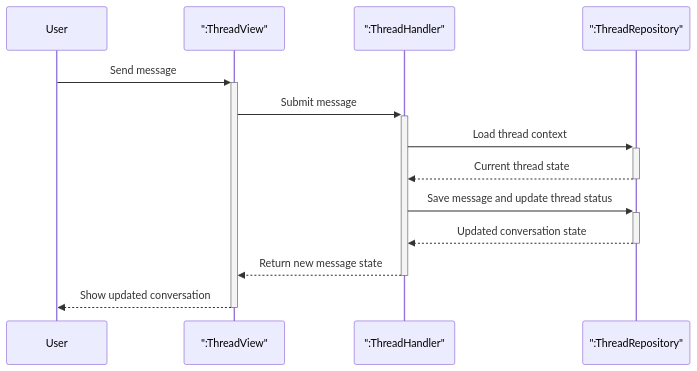
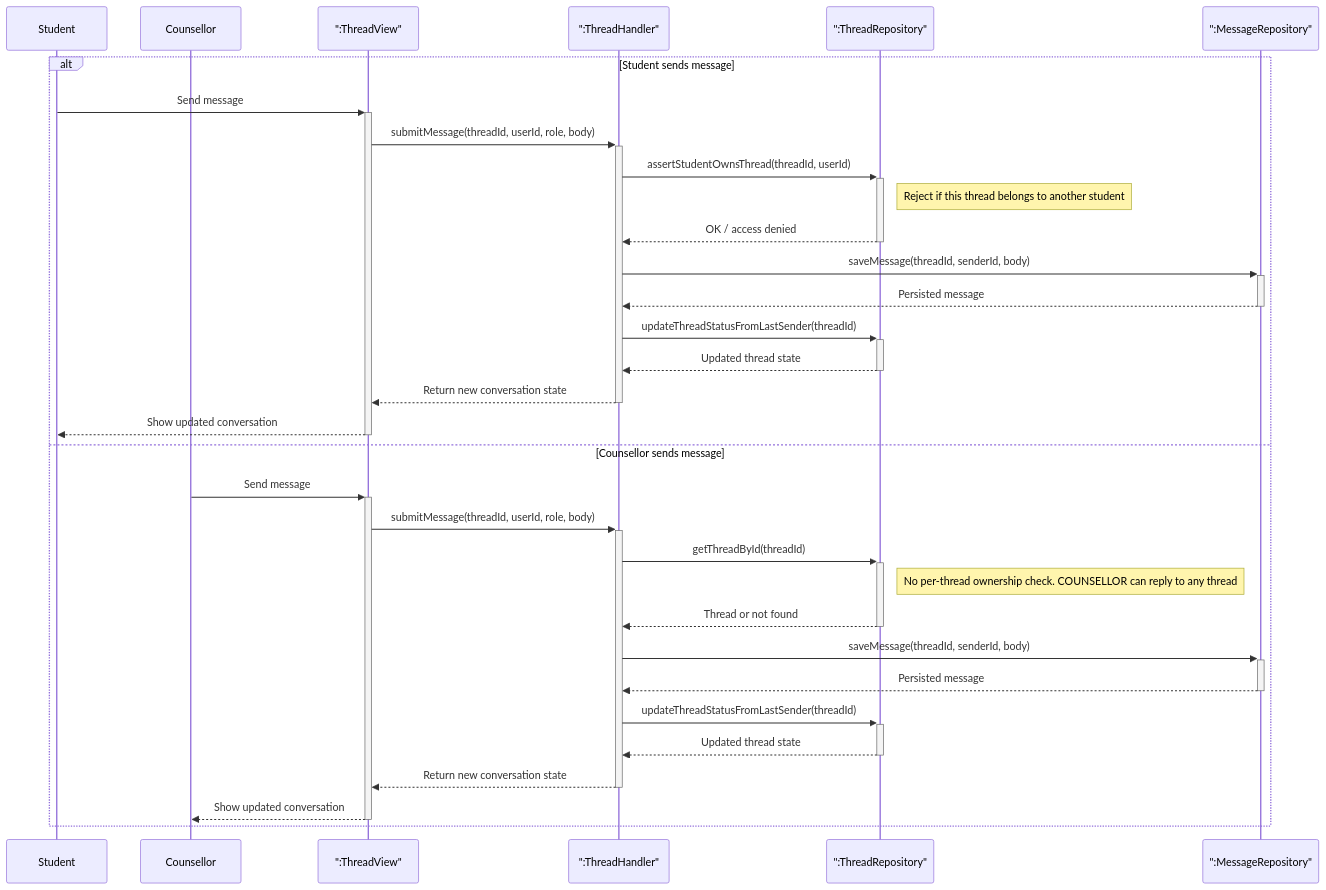
The diagram in docs/sequence-diagrams/feature-1-thread-messaging.md (sandyleedev/student-mental-support-app), drawn with Mermaid before and after one commit. The commit also changed other lines of this file and 11 other files, not shown here.

First line of the commit message:
Chore/bus 71 refine diagrams (#34)

````diff
--- a/docs/sequence-diagrams/feature-1-thread-messaging.md
+++ b/docs/sequence-diagrams/feature-1-thread-messaging.md
@@ -5,16 +5,35 @@
 ```mermaid
 sequenceDiagram
-    participant User
+    participant Student
+    participant Counsellor
     participant threadView as ":ThreadView"
     participant threadHandler as ":ThreadHandler"
     participant threadRepository as ":ThreadRepository"
+    participant messageRepository as ":MessageRepository"
 
-    User->>+threadView: Send message
-    threadView->>+threadHandler: Submit message
-    threadHandler->>+threadRepository: Load thread context
-    threadRepository-->>-threadHandler: Current thread state
-    threadHandler->>+threadRepository: Save message and update thread status
-    threadRepository-->>-threadHandler: Updated conversation state
-    threadHandler-->>-threadView: Return new message state
-    threadView-->>-User: Show updated conversation
+    alt Student sends message
+        Student->>+threadView: Send message
+        threadView->>+threadHandler: submitMessage(threadId, userId, role, body)
+        threadHandler->>+threadRepository: assertStudentOwnsThread(threadId, userId)
+        Note right of threadRepository: Reject if this thread belongs to another student
+        threadRepository-->>-threadHandler: OK / access denied
+        threadHandler->>+messageRepository: saveMessage(threadId, senderId, body)
+        messageRepository-->>-threadHandler: Persisted message
+        threadHandler->>+threadRepository: updateThreadStatusFromLastSender(threadId)
+        threadRepository-->>-threadHandler: Updated thread state
+        threadHandler-->>-threadView: Return new conversation state
+        threadView-->>-Student: Show updated conversation
+    else Counsellor sends message
+        Counsellor->>+threadView: Send message
+        threadView->>+threadHandler: submitMessage(threadId, userId, role, body)
+        threadHandler->>+threadRepository: getThreadById(threadId)
+        Note right of threadRepository: No per-thread ownership check. COUNSELLOR can reply to any thread
+        threadRepository-->>-threadHandler: Thread or not found
+        threadHandler->>+messageRepository: saveMessage(threadId, senderId, body)
+        messageRepository-->>-threadHandler: Persisted message
+        threadHandler->>+threadRepository: updateThreadStatusFromLastSender(threadId)
+        threadRepository-->>-threadHandler: Updated thread state
+        threadHandler-->>-threadView: Return new conversation state
+        threadView-->>-Counsellor: Show updated conversation
+    end
 ```
````
